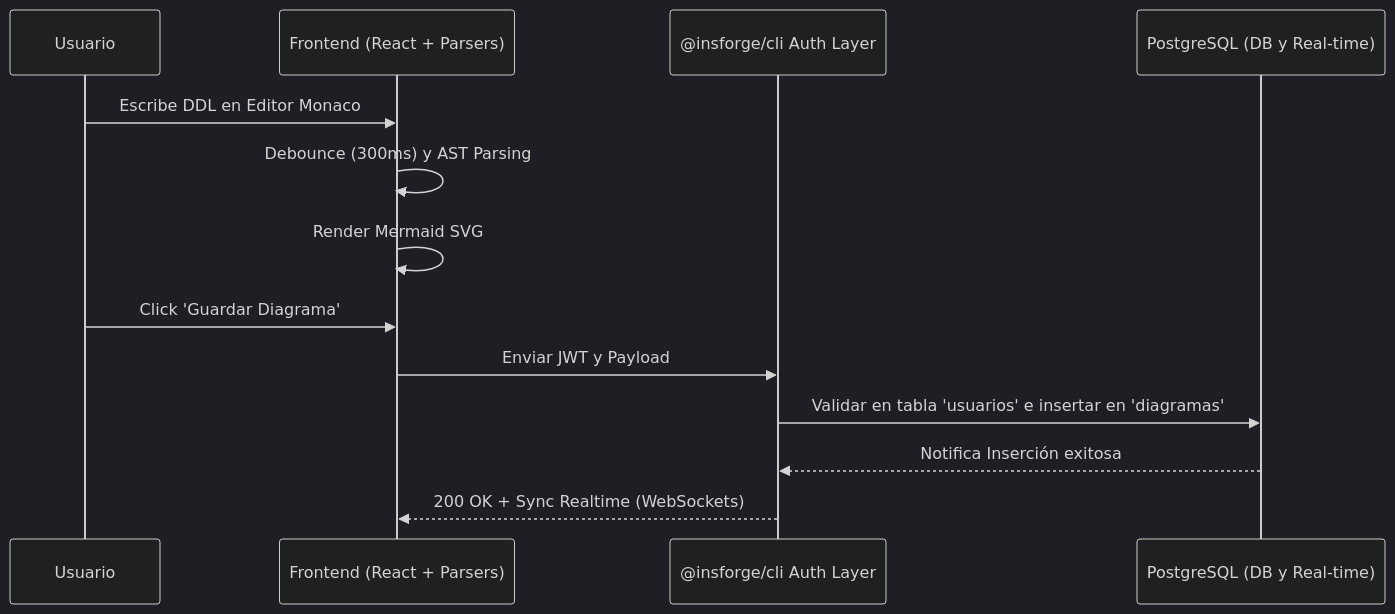
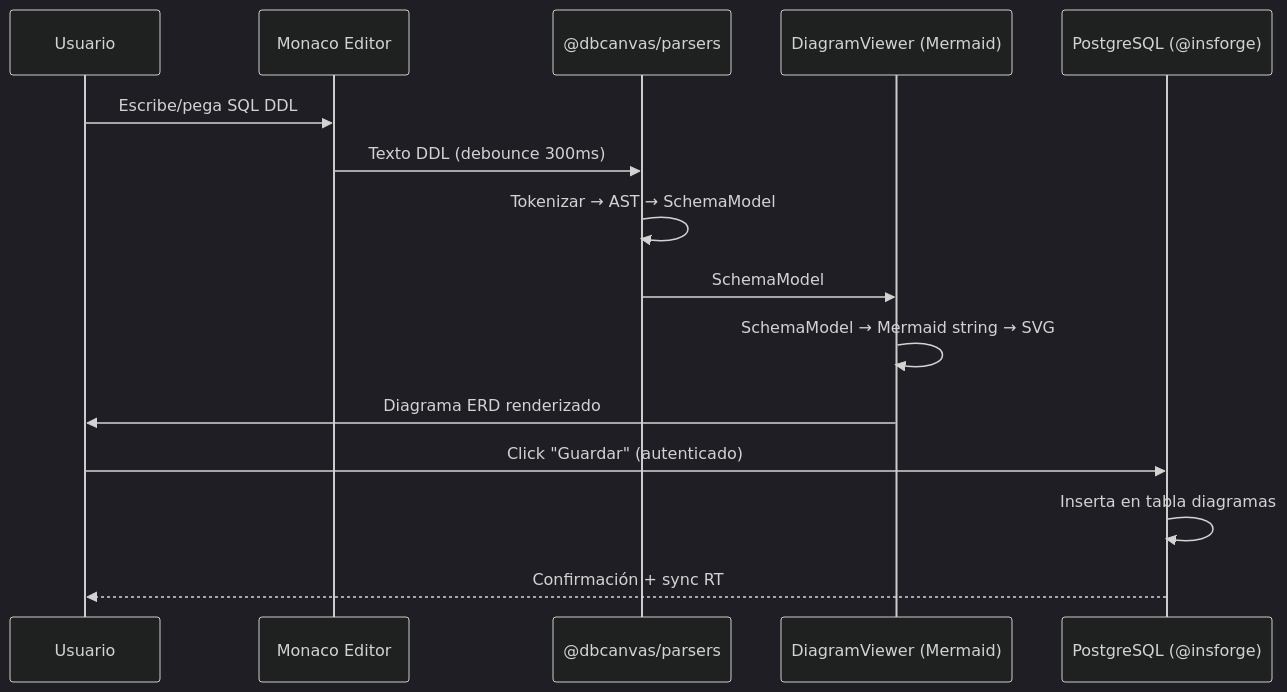
One commit to UPT-FAING-EPIS/proyecto-si783-2026-i-u1-generador-de-diagramas-de-base changed the third of 4 diagrams in doc/FD04-Informe-Arquitectura-Software.md. Above: the diagram before and after it, drawn with Mermaid (dark theme). The commit also changed other lines of this file and 9 other files, not shown here.

````diff
--- a/doc/FD04-Informe-Arquitectura-Software.md
+++ b/doc/FD04-Informe-Arquitectura-Software.md
@@ -66,16 +157,19 @@
 ```mermaid
 sequenceDiagram
     participant U as Usuario
-    participant React as Frontend (React + Parsers)
-    participant InsForge as @insforge/cli Auth Layer
-    participant Pg as PostgreSQL (DB y Real-time)
+    participant Editor as Monaco Editor
+    participant Parser as @dbcanvas/parsers
+    participant Viewer as DiagramViewer (Mermaid)
+    participant Cloud as PostgreSQL (@insforge)
 
-    U->>React: Escribe DDL en Editor Monaco
-    React->>React: Debounce (300ms) y AST Parsing
-    React->>React: Render Mermaid SVG
-    U->>React: Click 'Guardar Diagrama'
-    React->>InsForge: Enviar JWT y Payload
-    InsForge->>Pg: Validar en tabla 'usuarios' e insertar en 'diagramas'
-    Pg-->>InsForge: Notifica Inserción exitosa
-    InsForge-->>React: 200 OK + Sync Realtime (WebSockets)
+    U->>Editor: Escribe/pega SQL DDL
+    Editor->>Parser: Texto DDL (debounce 300ms)
+    Parser->>Parser: Tokenizar → AST → SchemaModel
+    Parser->>Viewer: SchemaModel
+    Viewer->>Viewer: SchemaModel → Mermaid string → SVG
+    Viewer->>U: Diagrama ERD renderizado
+
+    U->>Cloud: Click "Guardar" (autenticado)
+    Cloud->>Cloud: Inserta en tabla diagramas
+    Cloud-->>U: Confirmación + sync RT
 ```
````
